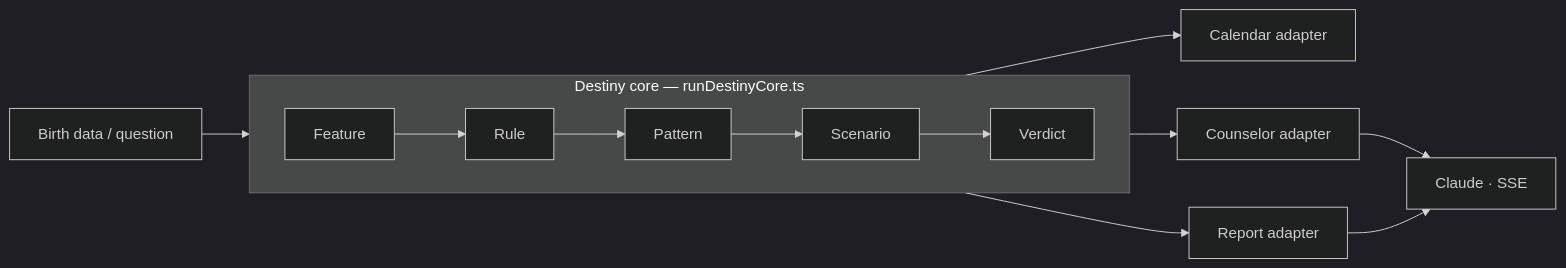
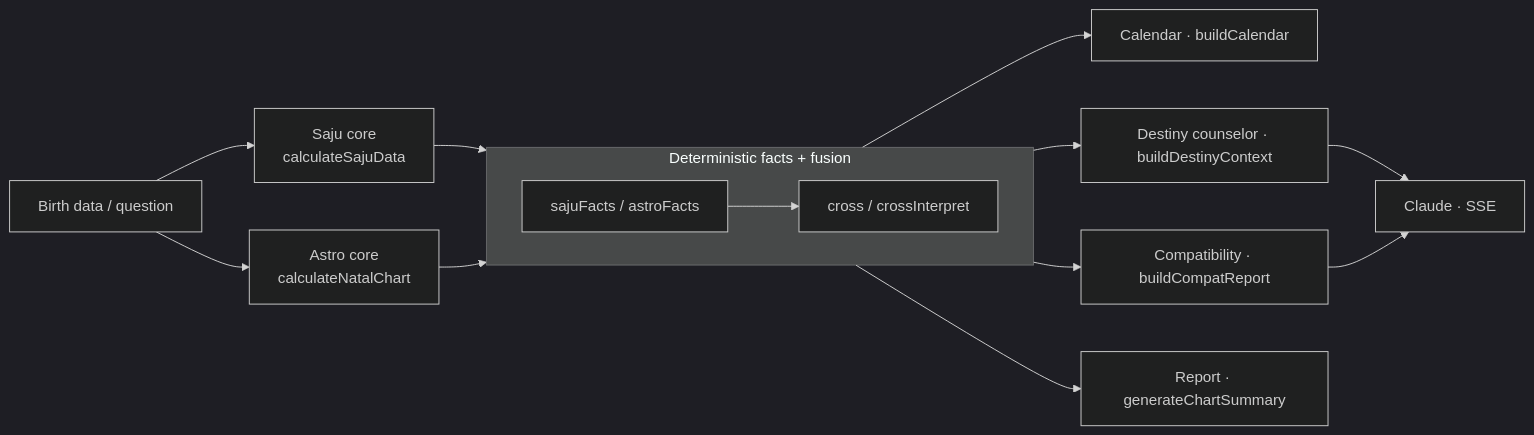
One commit to pppaal/saju-astro-chat changed the diagram in README.md. Above: the diagram before and after it, drawn with Mermaid (dark theme). The commit also changed other lines of this file and 20 other files, not shown here.

First line of the commit message:
docs: realign documentation with post-restructure architecture (#1442)

````diff
--- a/README.md
+++ b/README.md
@@ -68,13 +72,17 @@
 ```mermaid
 flowchart LR
-    IN[Birth data / question] --> CORE
-    subgraph CORE["Destiny core — runDestinyCore.ts"]
+    IN[Birth data / question] --> SAJU[Saju core<br/>calculateSajuData]
+    IN --> ASTRO[Astro core<br/>calculateNatalChart]
+    SAJU --> FACTS
+    ASTRO --> FACTS
+    subgraph FACTS["Deterministic facts + fusion"]
       direction LR
-      F[Feature] --> R[Rule] --> P[Pattern] --> S[Scenario] --> V[Verdict]
+      SF[sajuFacts / astroFacts] --> CR[cross / crossInterpret]
     end
-    CORE --> CAL[Calendar adapter]
-    CORE --> CNS[Counselor adapter]
-    CORE --> REP[Report adapter]
+    FACTS --> CAL[Calendar · buildCalendar]
+    FACTS --> CNS[Destiny counselor · buildDestinyContext]
+    FACTS --> CMP[Compatibility · buildCompatReport]
+    FACTS --> REP[Report · generateChartSummary]
     CNS --> LLM[Claude · SSE]
-    REP --> LLM
+    CMP --> LLM
 ```
````
